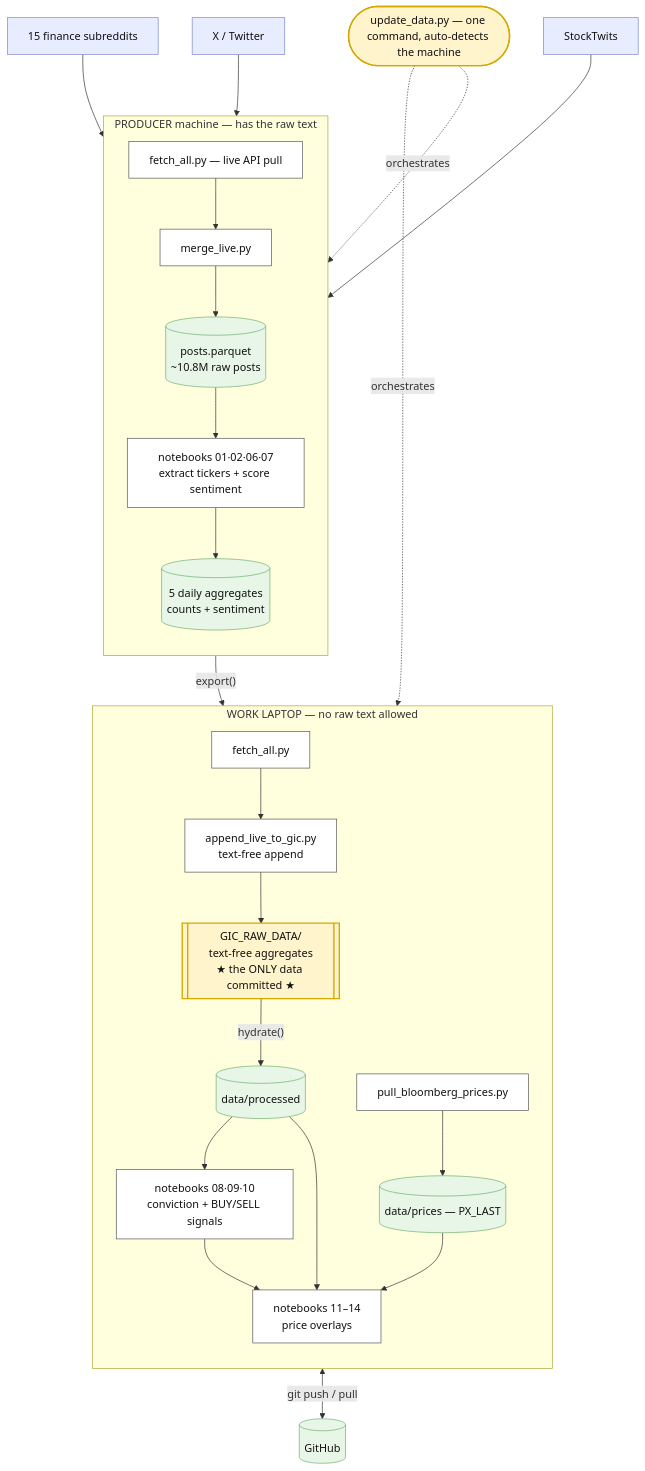
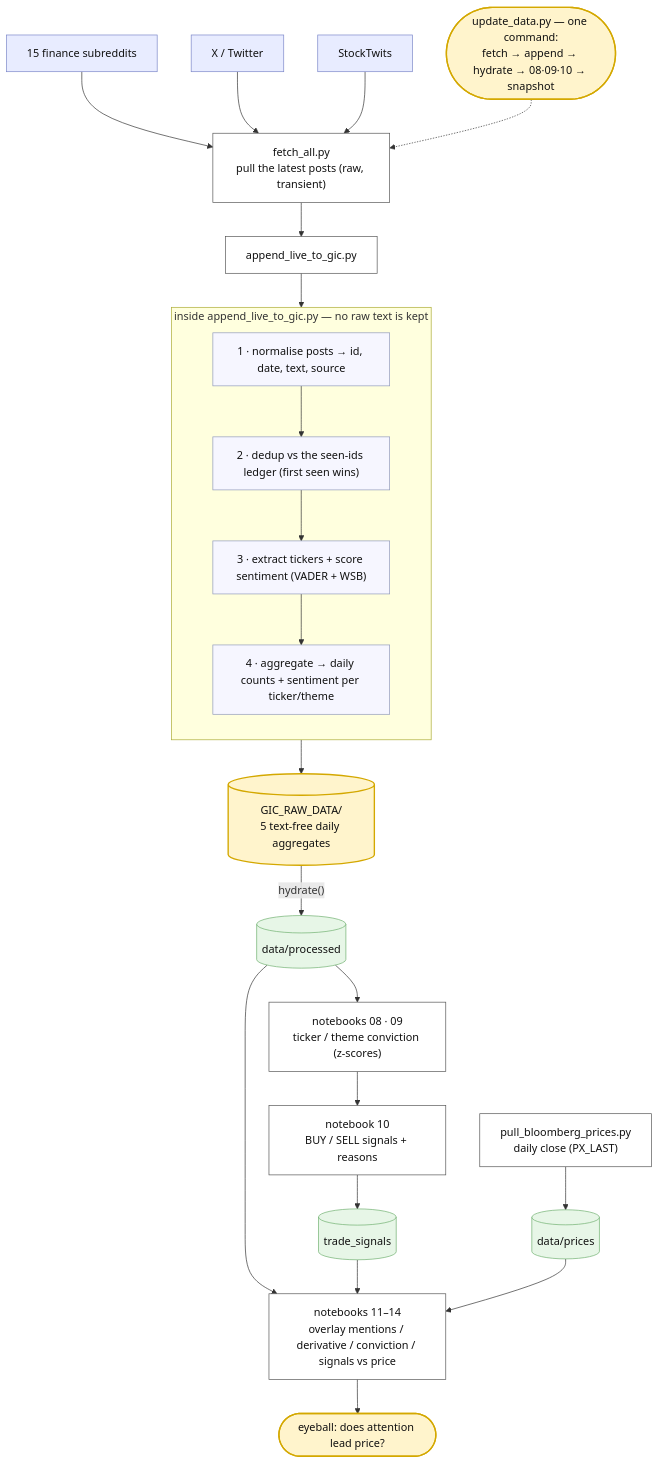
Before and after one commit to alexbrownian/RetailFlow1: the diagram in README.md, drawn with Mermaid. The commit also changed other lines of this file and 4 other files, not shown here.

````diff
--- a/README.md
+++ b/README.md
@@ -18,40 +18,43 @@
 ```mermaid
 flowchart TD
     R["15 finance subreddits"]:::src --> FA
     X["X / Twitter"]:::src --> FA
     ST["StockTwits"]:::src --> FA
-    FA["fetch_all.py — live API pull"]:::proc
 
-    subgraph PROD["PRODUCER machine — has the raw text"]
+    FA["fetch_all.py<br/>pull the latest posts (raw, transient)"]:::proc
+    FA --> AP["append_live_to_gic.py"]:::proc
+
+    subgraph INSIDE["inside append_live_to_gic.py — no raw text is kept"]
       direction TB
-      FA --> ML["merge_live.py"]:::proc
-      ML --> PQ[("posts.parquet<br/>~10.8M raw posts")]:::data
-      PQ --> NB1["notebooks 01·02·06·07<br/>extract tickers + score sentiment"]:::proc
-      NB1 --> AG[("5 daily aggregates<br/>counts + sentiment")]:::data
+      S1["1 · normalise posts → id, date, text, source"]:::step
+      S2["2 · dedup vs the seen-ids ledger (first seen wins)"]:::step
+      S3["3 · extract tickers + score sentiment (VADER + WSB)"]:::step
+      S4["4 · aggregate → daily counts + sentiment per ticker/theme"]:::step
+      S1 --> S2 --> S3 --> S4
     end
+    AP --> S1
+    S4 --> GIC
 
-    AG -->|"export()"| GIC
-    GIC[["GIC_RAW_DATA/<br/>text-free aggregates<br/>★ the ONLY data committed ★"]]:::key
-    GIC <-->|"git push / pull"| GH[("GitHub")]:::data
+    GIC[("GIC_RAW_DATA/<br/>5 text-free daily aggregates")]:::key
+    GIC -->|"hydrate()"| DP[("data/processed")]:::data
 
-    subgraph WORK["WORK LAPTOP — no raw text allowed"]
-      direction TB
-      FA2["fetch_all.py"]:::proc --> AL["append_live_to_gic.py<br/>text-free append"]:::proc
-      AL --> GIC
-      GIC -->|"hydrate()"| DP[("data/processed")]:::data
-      DP --> NB2["notebooks 08·09·10<br/>conviction + BUY/SELL signals"]:::proc
-      BB["pull_bloomberg_prices.py"]:::proc --> PR[("data/prices — PX_LAST")]:::data
-      NB2 --> OV["notebooks 11–14<br/>price overlays"]:::proc
-      DP --> OV
-      PR --> OV
-    end
+    DP --> N89["notebooks 08 · 09<br/>ticker / theme conviction (z-scores)"]:::proc
+    N89 --> N10["notebook 10<br/>BUY / SELL signals + reasons"]:::proc
+    N10 --> SIG[("trade_signals")]:::data
 
-    UD(["update_data.py — one command, auto-detects the machine"]):::key
-    UD -.->|orchestrates| FA
-    UD -.->|orchestrates| FA2
+    BB["pull_bloomberg_prices.py<br/>daily close (PX_LAST)"]:::proc --> PR[("data/prices")]:::data
+
+    DP --> OV["notebooks 11–14<br/>overlay mentions / derivative / conviction / signals vs price"]:::proc
+    SIG --> OV
+    PR --> OV
+    OV --> EYE(["eyeball: does attention lead price?"]):::key
+
+    UD(["update_data.py — one command:<br/>fetch → append → hydrate → 08·09·10 → snapshot"]):::key
+    UD -.-> FA
 
     classDef src fill:#e8ecff,stroke:#7a86c8,color:#111
     classDef proc fill:#ffffff,stroke:#555,color:#111
+    classDef step fill:#f6f6ff,stroke:#9099bb,color:#111
     classDef data fill:#e7f6e7,stroke:#6fb06f,color:#111
     classDef key fill:#fff4cc,stroke:#d4a800,stroke-width:2px,color:#111
 ```
````
